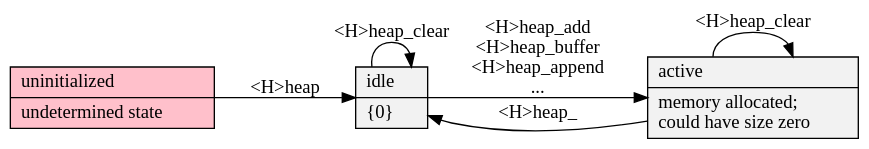
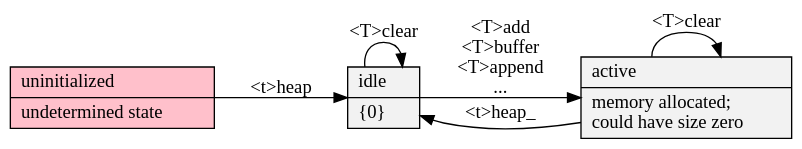
Before and after one commit to neil-edelman/boxes: the diagram in doc/heap/states.gv, drawn with Graphviz. The commit also changed 11 other files, not shown here.

```diff
--- a/doc/heap/states.gv
+++ b/doc/heap/states.gv
@@ -1,13 +1,13 @@
 digraph {
 	graph [rankdir=LR, truecolor=true, bgcolor=transparent, fontname="Bitstream Vera Sans"];
 	node [shape=record, style=filled, fillcolor="Grey95", fontname="Bitstream Vera Sans"];
 	edge [fontname="Bitstream Vera Sans"];
 	null [ label = "uninitialized\l|undetermined state\l", fillcolor = pink ];
 	static [ label = "idle\l|\{0\}\l" ];
 	dynamic [ label = "active\l|memory allocated;\lcould have size zero\l" ];
-	null -> static [ label = "<H>heap" ];
-	static -> dynamic [ label = "<H>heap_add\n<H>heap_buffer\n<H>heap_append\n..." ];
-	dynamic -> static [ label = "<H>heap_" ];
-	static -> static [ label = "<H>heap_clear" ];
-	dynamic -> dynamic [ label = "<H>heap_clear" ];
+	null -> static [ label = "<t>heap" ];
+	static -> dynamic [ label = "<T>add\n<T>buffer\n<T>append\n..." ];
+	dynamic -> static [ label = "<t>heap_" ];
+	static -> static [ label = "<T>clear" ];
+	dynamic -> dynamic [ label = "<T>clear" ];
 }
```
